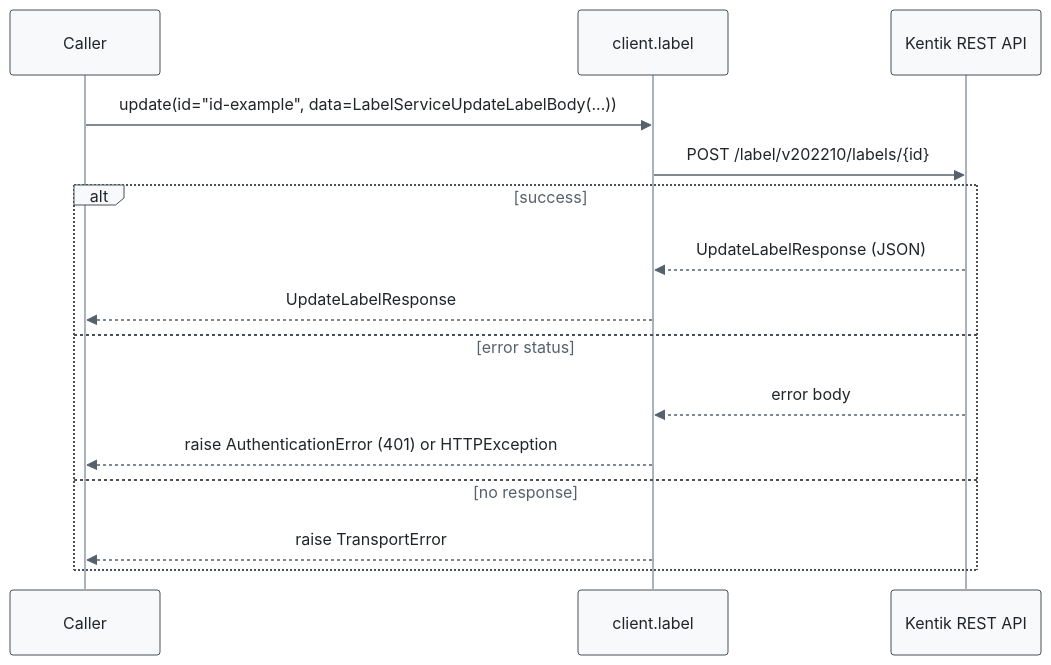
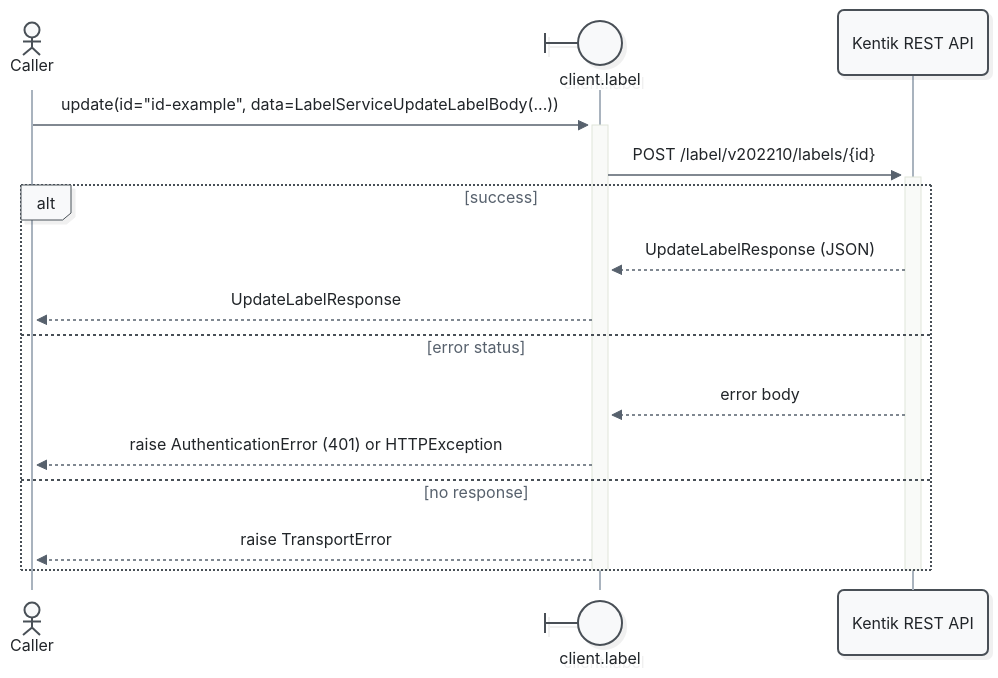
Before and after one commit to alexdearaujo/community_sdk_python: the fifth of 9 diagrams in docs/sphinx/services/label.md, drawn with Mermaid. The commit also changed other lines of this file and 52 other files, not shown here.

First line of the commit message:
docs: Mermaid 12 sequence diagrams with participant types and path colors

````diff
--- a/docs/sphinx/services/label.md
+++ b/docs/sphinx/services/label.md
@@ -182,19 +192,21 @@
 ```mermaid
-%%{init: {"theme": "base", "fontFamily": "ui-monospace, SFMono-Regular, Menlo, monospace", "themeVariables": {"fontFamily": "ui-monospace, SFMono-Regular, Menlo, monospace", "primaryColor": "#f8f9fa", "primaryBorderColor": "#495057", "primaryTextColor": "#212529", "textColor": "#212529", "lineColor": "#77818c", "edgeLabelBackground": "#ffffff", "actorBkg": "#f8f9fa", "actorBorder": "#495057", "actorTextColor": "#212529", "actorLineColor": "#a9b3be", "signalColor": "#57616d", "signalTextColor": "#212529", "labelBoxBkgColor": "#f8f9fa", "labelBoxBorderColor": "#495057", "labelTextColor": "#212529", "loopTextColor": "#57616d", "noteBkgColor": "#fff9db", "noteBorderColor": "#f08c00", "noteTextColor": "#a35a00"}, "flowchart": {"curve": "step", "nodeSpacing": 30, "rankSpacing": 70, "wrappingWidth": 400}}}%%
+%%{init: {"theme": "redux", "look": "neo", "layout": "dagre", "fontFamily": "ui-monospace, SFMono-Regular, Menlo, monospace", "themeVariables": {"fontFamily": "ui-monospace, SFMono-Regular, Menlo, monospace", "primaryColor": "#f8f9fa", "primaryBorderColor": "#495057", "primaryTextColor": "#212529", "textColor": "#212529", "lineColor": "#77818c", "edgeLabelBackground": "#ffffff", "actorBkg": "#f8f9fa", "actorBorder": "#495057", "actorTextColor": "#212529", "actorLineColor": "#a9b3be", "signalColor": "#57616d", "signalTextColor": "#212529", "labelBoxBkgColor": "#f8f9fa", "labelBoxBorderColor": "#495057", "labelTextColor": "#212529", "loopTextColor": "#57616d", "noteBkgColor": "#fff9db", "noteBorderColor": "#f08c00", "noteTextColor": "#a35a00"}, "sequence": {"activationWidth": 16}, "flowchart": {"curve": "step", "nodeSpacing": 30, "rankSpacing": 70, "wrappingWidth": 400}}}%%
 sequenceDiagram
-    participant C as Caller
-    participant W as client.label
+    actor C as Caller
+    participant W@{ "type": "boundary" } as client.label
     participant API as Kentik REST API
 
-    C->>W: update(id="id-example", data=LabelServiceUpdateLabelBody(...))
-    W->>API: POST /label/v202210/labels/{id}
+    C->>+W: update(id="id-example", data=LabelServiceUpdateLabelBody(...))
+    W->>+API: POST /label/v202210/labels/{id}
     alt success
         API-->>W: UpdateLabelResponse (JSON)
         W-->>C: UpdateLabelResponse
     else error status
         API-->>W: error body
         W-->>C: raise AuthenticationError (401) or HTTPException
     else no response
         W-->>C: raise TransportError
     end
+    deactivate API
+    deactivate W
 ```
````
